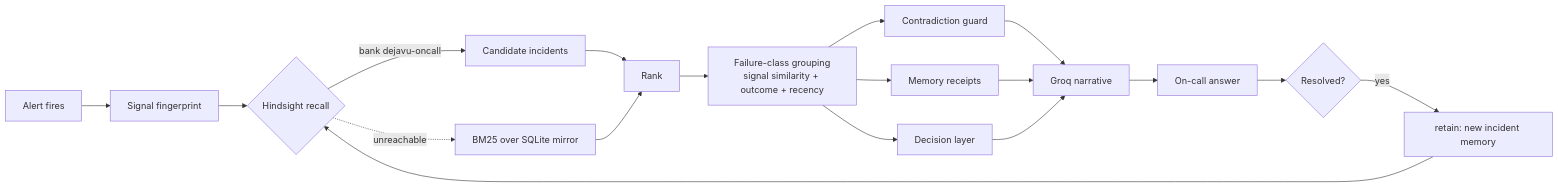
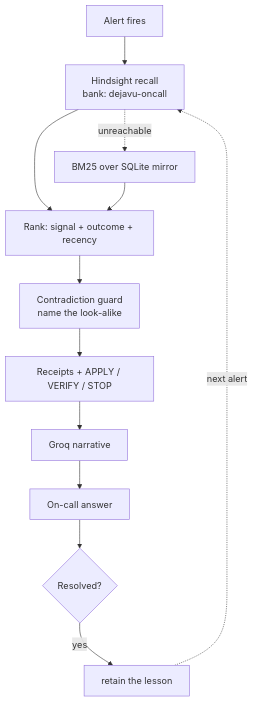
The diagram in README.md (abinivesh-m/dejavu), drawn with Mermaid before and after one commit. The commit also changed other lines of this file, not shown here.

Commit message:
Render the architecture diagram top-down so GitHub shows it legibly

````diff
--- a/README.md
+++ b/README.md
@@ -126,20 +126,14 @@
 ```mermaid
-flowchart LR
-    A[Alert fires] --> B[Signal fingerprint]
-    B --> C{Hindsight recall}
-    C -- bank dejavu-oncall --> D[Candidate incidents]
-    C -.unreachable.-> E[BM25 over SQLite mirror]
-    D --> F[Rank]
-    E --> F
-    F --> G[Failure-class grouping<br/>signal similarity + outcome + recency]
-    G --> H[Contradiction guard]
-    G --> I[Memory receipts]
-    G --> J[Decision layer]
-    H --> K[Groq narrative]
-    I --> K
-    J --> K
-    K --> L[On-call answer]
-    L --> M{Resolved?}
-    M -- yes --> N[retain: new incident memory]
-    N --> C
+flowchart TD
+    A[Alert fires] --> B[Hindsight recall<br/>bank: dejavu-oncall]
+    B -. unreachable .-> D[BM25 over SQLite mirror]
+    B --> C[Rank: signal + outcome + recency]
+    D --> C
+    C --> E[Contradiction guard<br/>name the look-alike]
+    E --> F[Receipts + APPLY / VERIFY / STOP]
+    F --> G[Groq narrative]
+    G --> H[On-call answer]
+    H --> I{Resolved?}
+    I -- yes --> J[retain the lesson]
+    J -. next alert .-> B
 ```
````
